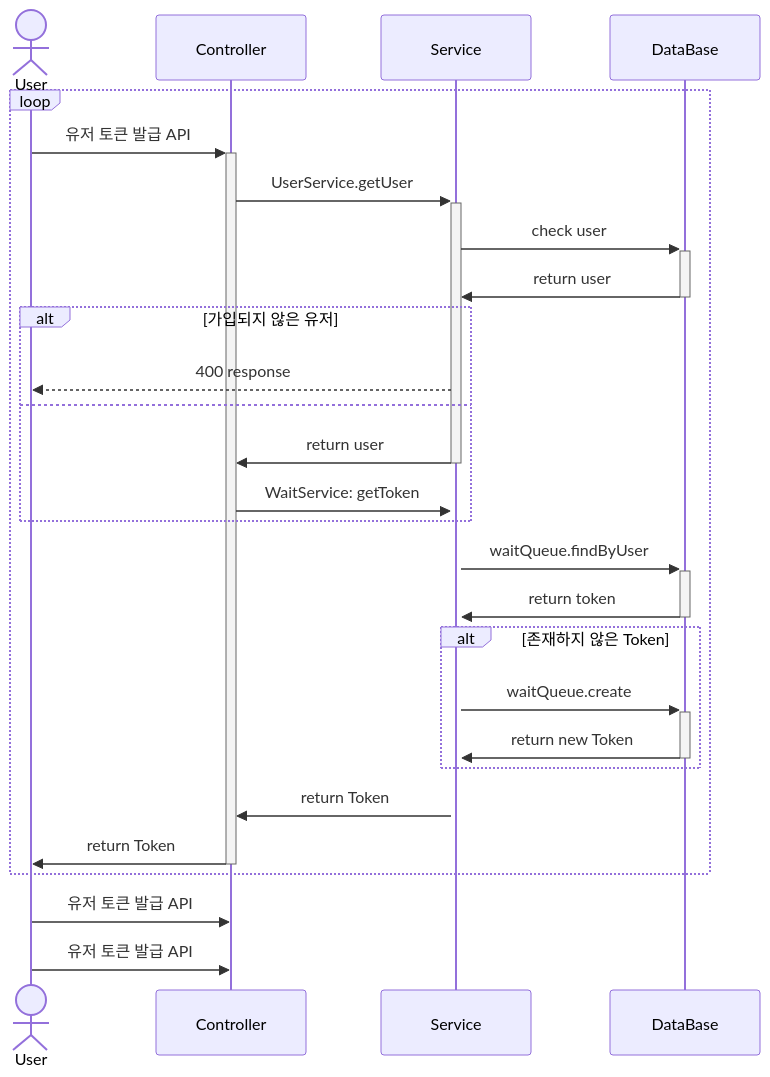
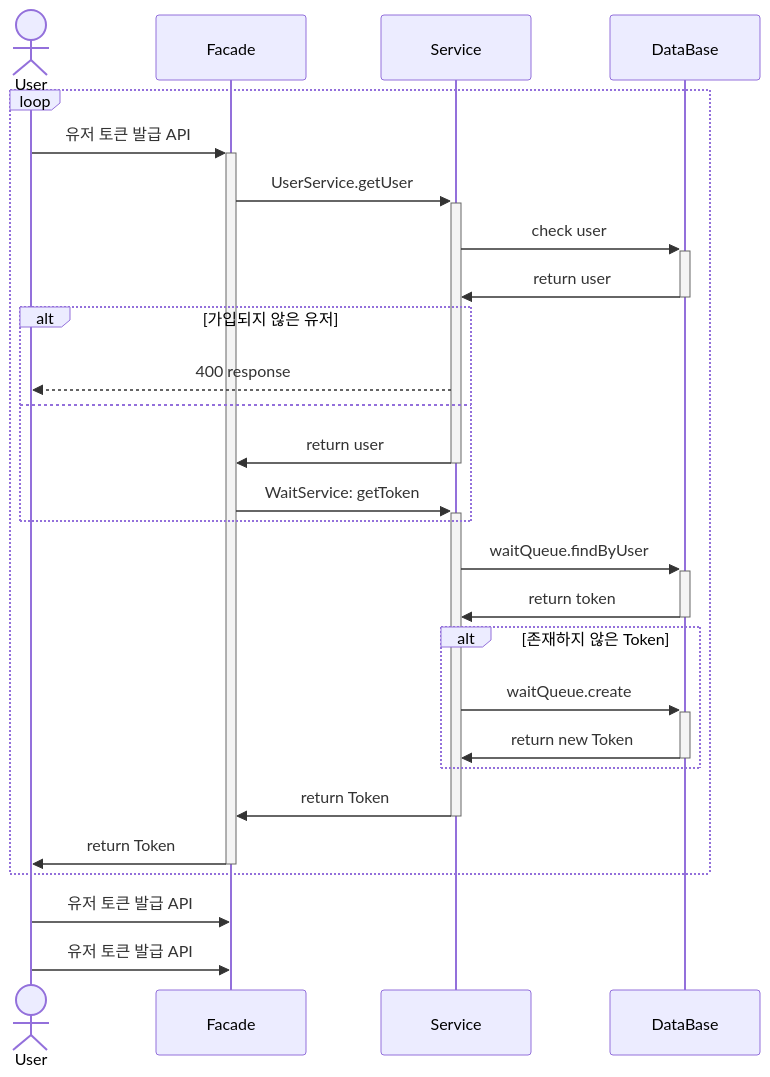
One commit to CureLatte/hhplus-concert-server-java changed the first of 7 diagrams in docs/sequence.md. Above: the diagram before and after it, drawn with Mermaid. The commit also changed other lines of this file, not shown here.

Commit message:
[FIX] controller -> facade - activate line 수정

````diff
--- a/docs/sequence.md
+++ b/docs/sequence.md
@@ -15,60 +15,53 @@
 ```mermaid
 sequenceDiagram
     actor User 
-    participant Controller
-    participant Service
-    participant DataBase
-
+    participant Controller as Facade 
+        
     loop
         User ->>+ Controller : 유저 토큰 발급 API
         
         Controller ->> +Service: UserService.getUser
     
         Service ->> +DataBase: check user
         DataBase ->> -Service: return user
     
        
         
        
         alt 가입되지 않은 유저
             Service -->> User: 400 response 
         else  
             Service ->> - Controller: return user
             
             Controller ->> + Service: WaitService: getToken
         
         end
         
         
         
         Service ->> + DataBase: waitQueue.findByUser
         
         DataBase ->> - Service: return token
         
         alt 존재하지 않은 Token 
             Service ->> + DataBase:waitQueue.create
             DataBase ->> - Service: return new Token
            
         end
 
-        Service ->> Controller:return Token
+        Service ->> - Controller:return Token
         
         Controller ->> - User: return Token 
 
         
         
     end
 
 
 
-    
-    
-    
-    
-    
     User ->> Controller : 유저 토큰 발급 API
     User ->> Controller : 유저 토큰 발급 API
     
     
     
 ```
````
